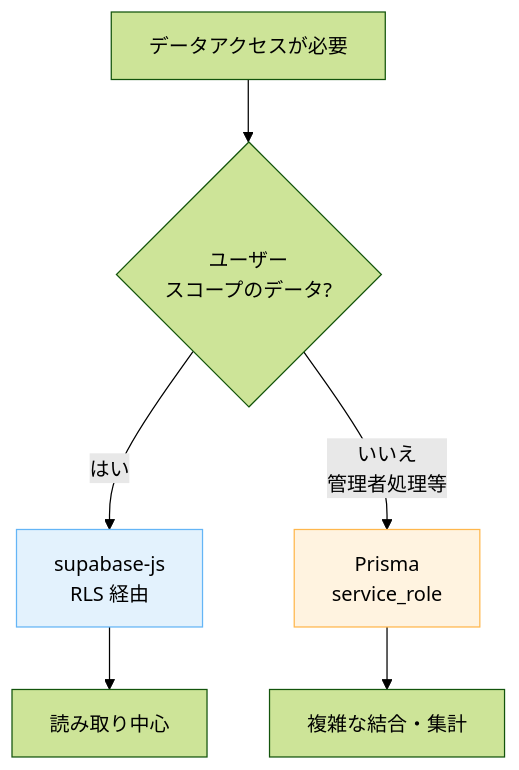
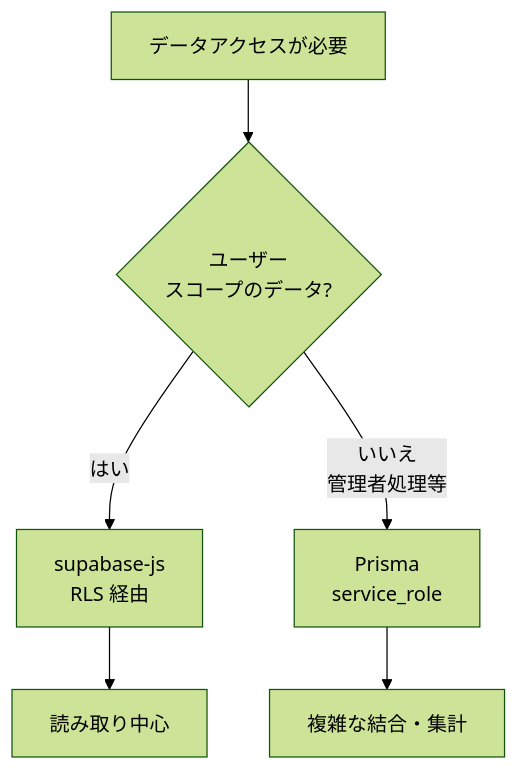
One commit to dinekt/dinekt-wiki changed the second of 2 diagrams in docs/case-studies/nextjs-supabase-prisma-併用時の認証と-rls-の扱い方.md. Above: the diagram before and after it, drawn with Mermaid (forest theme). The commit also changed other lines of this file and 70 other files, not shown here.

First line of the commit message:
fix(mermaid): strip all inline styling, rely on theme

````diff
--- a/docs/case-studies/nextjs-supabase-prisma-併用時の認証と-rls-の扱い方.md
+++ b/docs/case-studies/nextjs-supabase-prisma-併用時の認証と-rls-の扱い方.md
@@ -60,11 +59,9 @@
 ```mermaid
 flowchart TD
     Q[データアクセスが必要] --> A{ユーザー<br/>スコープのデータ?}
     A -->|はい| B[supabase-js<br/>RLS 経由]
     A -->|いいえ<br/>管理者処理等| C[Prisma<br/>service_role]
     B --> D[読み取り中心]
     C --> E[複雑な結合・集計]
 
-    style B fill:#e3f2fd,stroke:#64b5f6,color:#000
-    style C fill:#fff3e0,stroke:#ffb74d,color:#000
 ```
````
